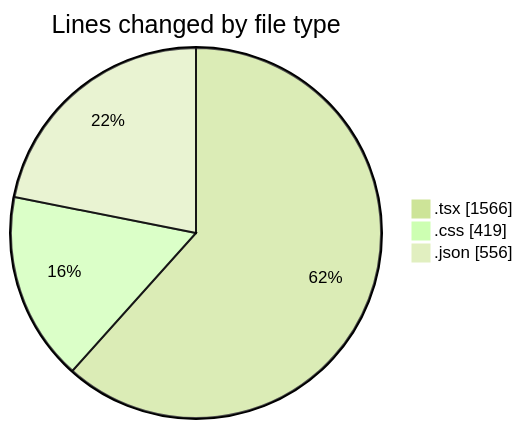
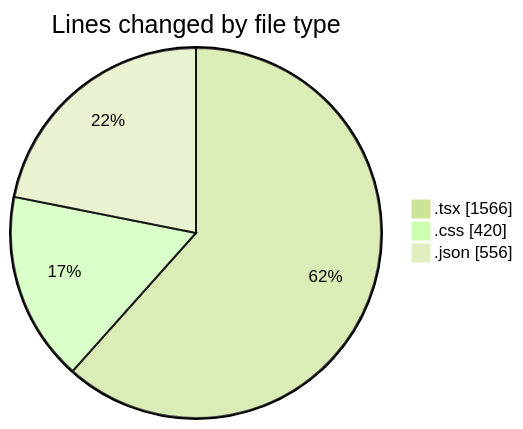
Before and after one commit to EIIisD/code-tracking: the first of 2 diagrams in 2025-08-04/tw-server/README.md, drawn with Mermaid (forest theme). The commit also changed other lines of this file and 1 other file, not shown here.

````diff
--- a/2025-08-04/tw-server/README.md
+++ b/2025-08-04/tw-server/README.md
@@ -28,7 +28,7 @@
 ```mermaid
 pie showData
 title Lines changed by file type
 ".tsx" : 1566
-".css" : 419
+".css" : 420
 ".json" : 556
 ```
````
